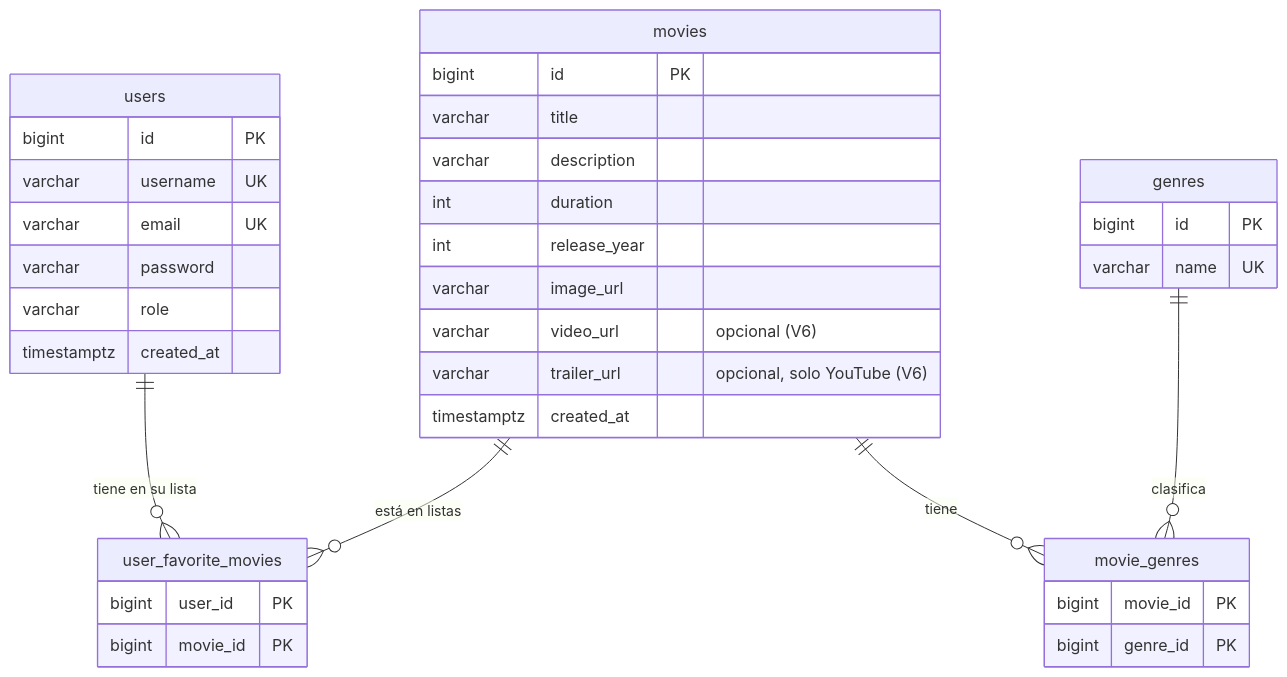
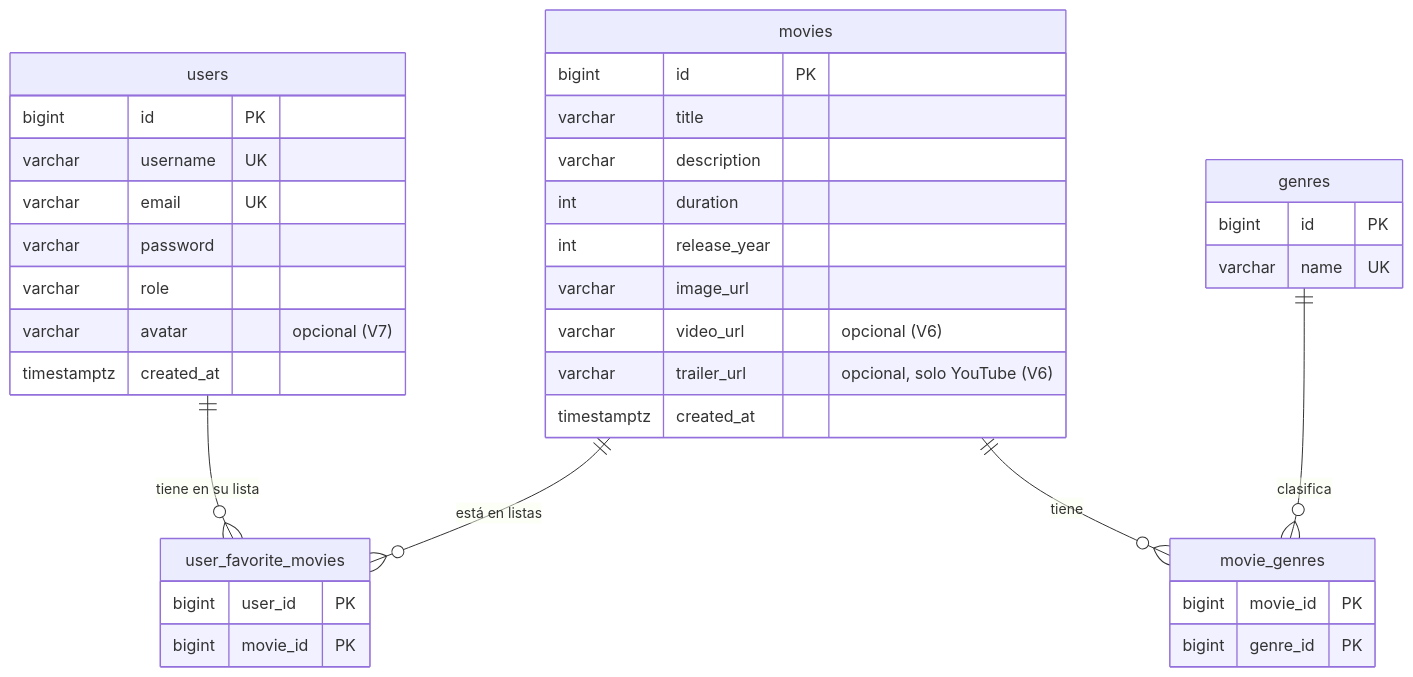
The first of 2 diagrams in docs/MANUAL_PROGRAMADOR.md (emiliogf10/streambox), drawn with Mermaid before and after one commit. The commit also changed other lines of this file and 111 other files, not shown here.

````diff
--- a/docs/MANUAL_PROGRAMADOR.md
+++ b/docs/MANUAL_PROGRAMADOR.md
@@ -410,29 +410,30 @@
 ```mermaid
 erDiagram
     users ||--o{ user_favorite_movies : "tiene en su lista"
     movies ||--o{ user_favorite_movies : "está en listas"
     movies ||--o{ movie_genres : "tiene"
     genres ||--o{ movie_genres : "clasifica"
 
     users { bigint id PK
             varchar username UK
             varchar email UK
             varchar password
             varchar role
+            varchar avatar "opcional (V7)"
             timestamptz created_at }
     movies { bigint id PK
              varchar title
              varchar description
              int duration
              int release_year
              varchar image_url
              varchar video_url "opcional (V6)"
              varchar trailer_url "opcional, solo YouTube (V6)"
              timestamptz created_at }
     genres { bigint id PK
              varchar name UK }
     movie_genres { bigint movie_id PK
                    bigint genre_id PK }
     user_favorite_movies { bigint user_id PK
                            bigint movie_id PK }
 ```
````
